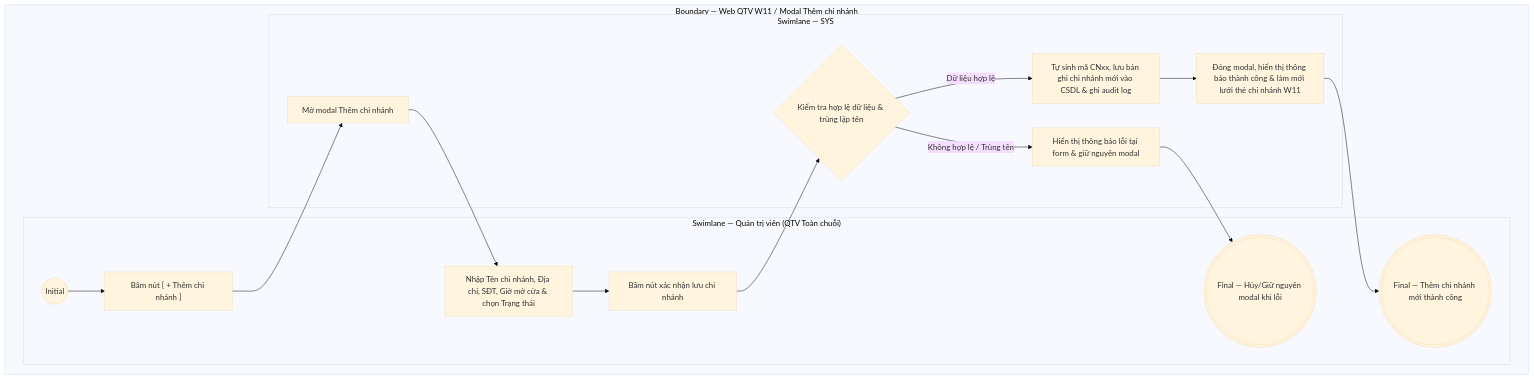
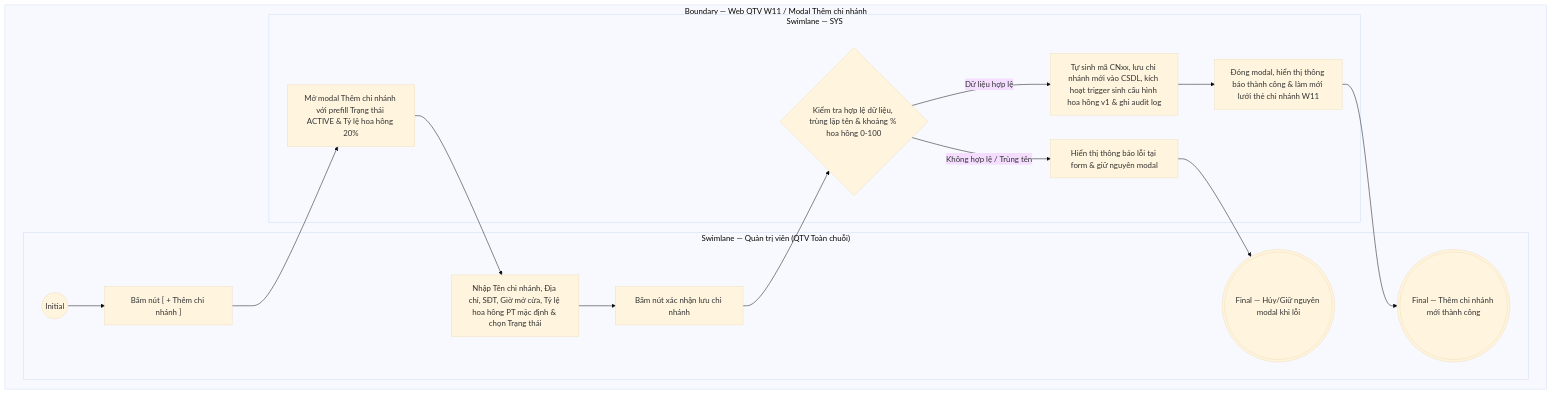
One commit to ThachY-23120411/Paradise-Gym-v2 changed the diagram in docs/user-stories/qtv/QTV-W11-Chi nhánh/QTV-W11-US02-Thêm chi nhánh.md. Above: the diagram before and after it, drawn with Mermaid (base theme). The commit also changed other lines of this file and 294 other files, not shown here.

````diff
--- a/docs/user-stories/qtv/QTV-W11-Chi nhánh/QTV-W11-US02-Thêm chi nhánh.md
+++ b/docs/user-stories/qtv/QTV-W11-Chi nhánh/QTV-W11-US02-Thêm chi nhánh.md
@@ -47,29 +50,29 @@
 ```mermaid
 flowchart TB
   subgraph B["Boundary — Web QTV W11 / Modal Thêm chi nhánh"]
     subgraph L0["Swimlane — Quản trị viên (QTV Toàn chuỗi)"]
       I01(("Initial"))
       A01["Bấm nút [ + Thêm chi nhánh ]"]
-      A02["Nhập Tên chi nhánh, Địa chỉ, SĐT, Giờ mở cửa & chọn Trạng thái"]
+      A02["Nhập Tên chi nhánh, Địa chỉ, SĐT, Giờ mở cửa, Tỷ lệ hoa hồng PT mặc định & chọn Trạng thái"]
       A03["Bấm nút xác nhận lưu chi nhánh"]
       F01((("Final — Thêm chi nhánh mới thành công")))
       F02((("Final — Hủy/Giữ nguyên modal khi lỗi")))
 
       I01 --> A01
       A02 --> A03
     end
 
     subgraph L1["Swimlane — SYS"]
-      S01["Mở modal Thêm chi nhánh"]
-      S02{"Kiểm tra hợp lệ dữ liệu & trùng lặp tên"}
-      S03["Tự sinh mã CNxx, lưu bản ghi chi nhánh mới vào CSDL & ghi audit log"]
+      S01["Mở modal Thêm chi nhánh với prefill Trạng thái ACTIVE & Tỷ lệ hoa hồng 20%"]
+      S02{"Kiểm tra hợp lệ dữ liệu, trùng lặp tên & khoảng % hoa hồng 0-100"}
+      S03["Tự sinh mã CNxx, lưu chi nhánh mới vào CSDL, kích hoạt trigger sinh cấu hình hoa hồng v1 & ghi audit log"]
       S04["Đóng modal, hiển thị thông báo thành công & làm mới lưới thẻ chi nhánh W11"]
       S05["Hiển thị thông báo lỗi tại form & giữ nguyên modal"]
 
       A01 --> S01 --> A02
       A03 --> S02
       S02 -->|Dữ liệu hợp lệ| S03 --> S04 --> F01
       S02 -->|Không hợp lệ / Trùng tên| S05 --> F02
     end
   end
 ```
````
